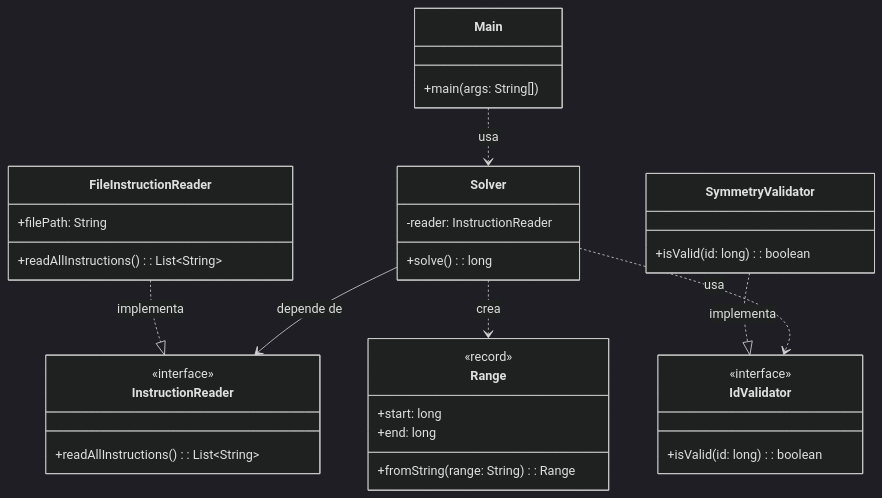
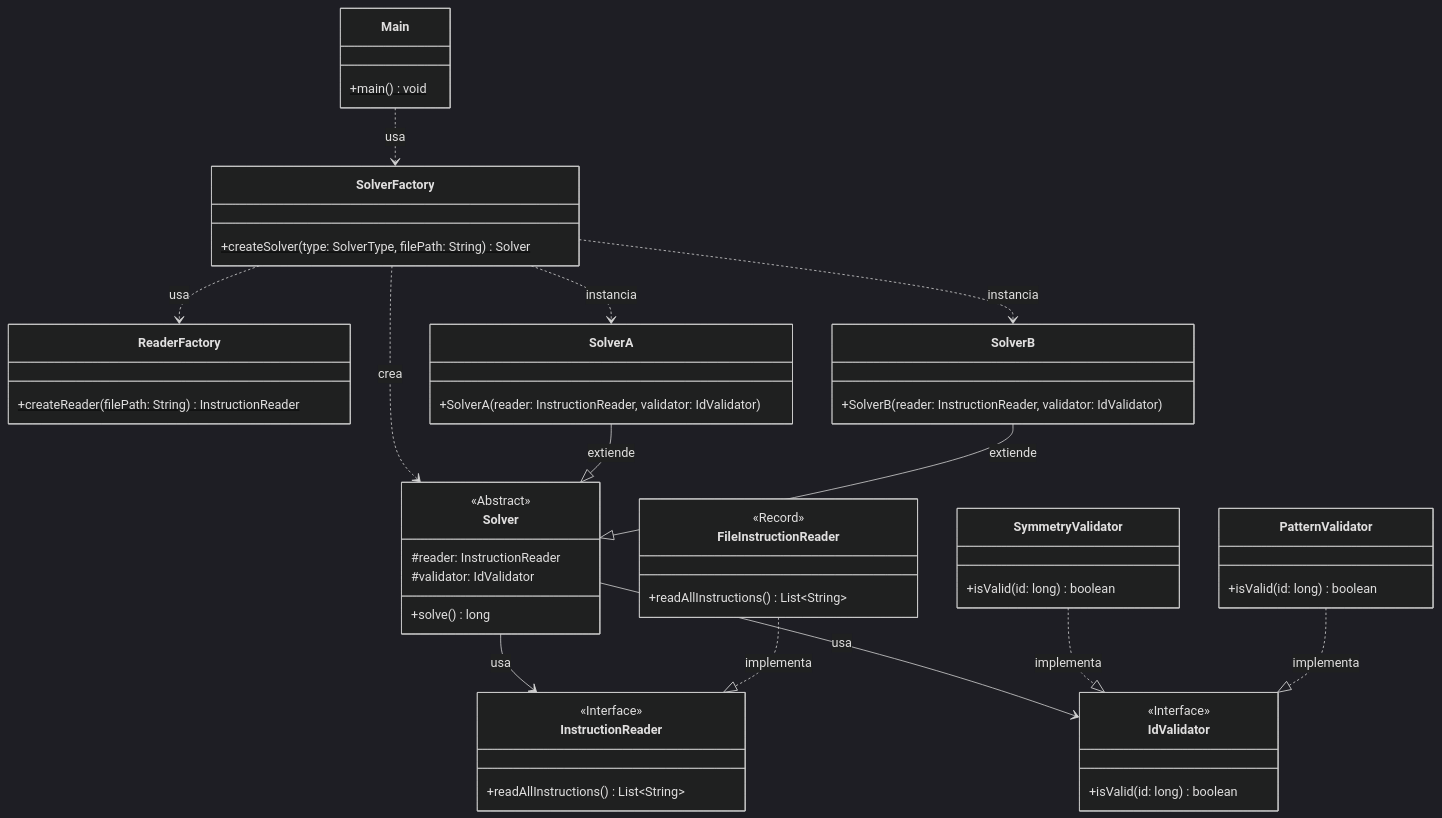
Before and after one commit to Carlossr2401/AdventOfCode2-2025: the diagram in README.md, drawn with Mermaid (dark theme). The commit also changed other lines of this file and 22 other files, not shown here.

````diff
--- a/README.md
+++ b/README.md
@@ -43,39 +47,68 @@
 ```mermaid
 classDiagram
-    direction TB
     class Main {
-        +main(args: String[])
-    }
-    class Solver {
-        -reader: InstructionReader
-        +solve(): long
-    }
-    class InstructionReader {
-        <<interface>>
-        +readAllInstructions(): List~String~
-    }
-    class FileInstructionReader {
-        +filePath: String
-        +readAllInstructions(): List~String~
-    }
-    class IdValidator {
-        <<interface>>
-        +isValid(id: long): boolean
-    }
-    class SymmetryValidator {
-        +isValid(id: long): boolean
-    }
-    class Range {
-        <<record>>
-        +start: long
-        +end: long
-        +fromString(range: String): Range
+        +main() void$
     }
 
-    Main ..> Solver : usa
-    Solver --> InstructionReader : depende de
-    Solver ..> IdValidator : usa
-    Solver ..> Range : crea
+    class SolverFactory {
+        +createSolver(type: SolverType, filePath: String) Solver$
+    }
+
+    class ReaderFactory {
+        +createReader(filePath: String) InstructionReader$
+    }
+
+    class Solver {
+        <<Abstract>>
+        #reader: InstructionReader
+        #validator: IdValidator
+        +solve() long
+    }
+
+    class SolverA {
+        +SolverA(reader: InstructionReader, validator: IdValidator)
+    }
+
+    class SolverB {
+        +SolverB(reader: InstructionReader, validator: IdValidator)
+    }
+
+    class InstructionReader {
+        <<Interface>>
+        +readAllInstructions() List~String~
+    }
+
+    class IdValidator {
+        <<Interface>>
+        +isValid(id: long) boolean
+    }
+
+    class FileInstructionReader {
+        <<Record>>
+        +readAllInstructions() List~String~
+    }
+
+    class SymmetryValidator {
+        +isValid(id: long) boolean
+    }
+
+    class PatternValidator {
+        +isValid(id: long) boolean
+    }
+
+    Main ..> SolverFactory : usa
+    SolverFactory ..> ReaderFactory : usa
+    SolverFactory ..> Solver : crea
+    SolverFactory ..> SolverA : instancia
+    SolverFactory ..> SolverB : instancia
+
+    SolverA --|> Solver : extiende
+    SolverB --|> Solver : extiende
+
+    Solver --> InstructionReader : usa
+    Solver --> IdValidator : usa
+
     FileInstructionReader ..|> InstructionReader : implementa
     SymmetryValidator ..|> IdValidator : implementa
+    PatternValidator ..|> IdValidator : implementa
 ```
````
